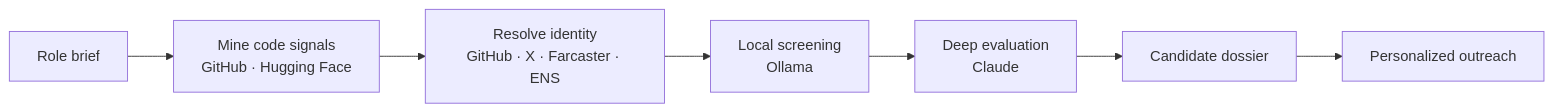
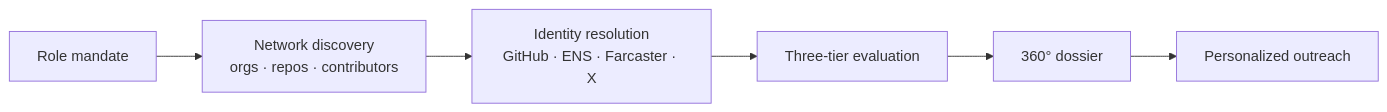
The diagram in README.md (daisywani/recruent), drawn with Mermaid before and after one commit. The commit also changed other lines of this file, not shown here.

````diff
--- a/README.md
+++ b/README.md
@@ -27,9 +35,8 @@
 ```mermaid
 flowchart LR
-    A[Role brief] --> B[Mine code signals<br/>GitHub · Hugging Face]
-    B --> C[Resolve identity<br/>GitHub · X · Farcaster · ENS]
-    C --> D[Local screening<br/>Ollama]
-    D --> E[Deep evaluation<br/>Claude]
-    E --> F[Candidate dossier]
-    F --> G[Personalized outreach]
+    A[Role mandate] --> B[Network discovery<br/>orgs · repos · contributors]
+    B --> C[Identity resolution<br/>GitHub · ENS · Farcaster · X]
+    C --> D[Three-tier evaluation]
+    D --> E[360° dossier]
+    E --> F[Personalized outreach]
 ```
````
